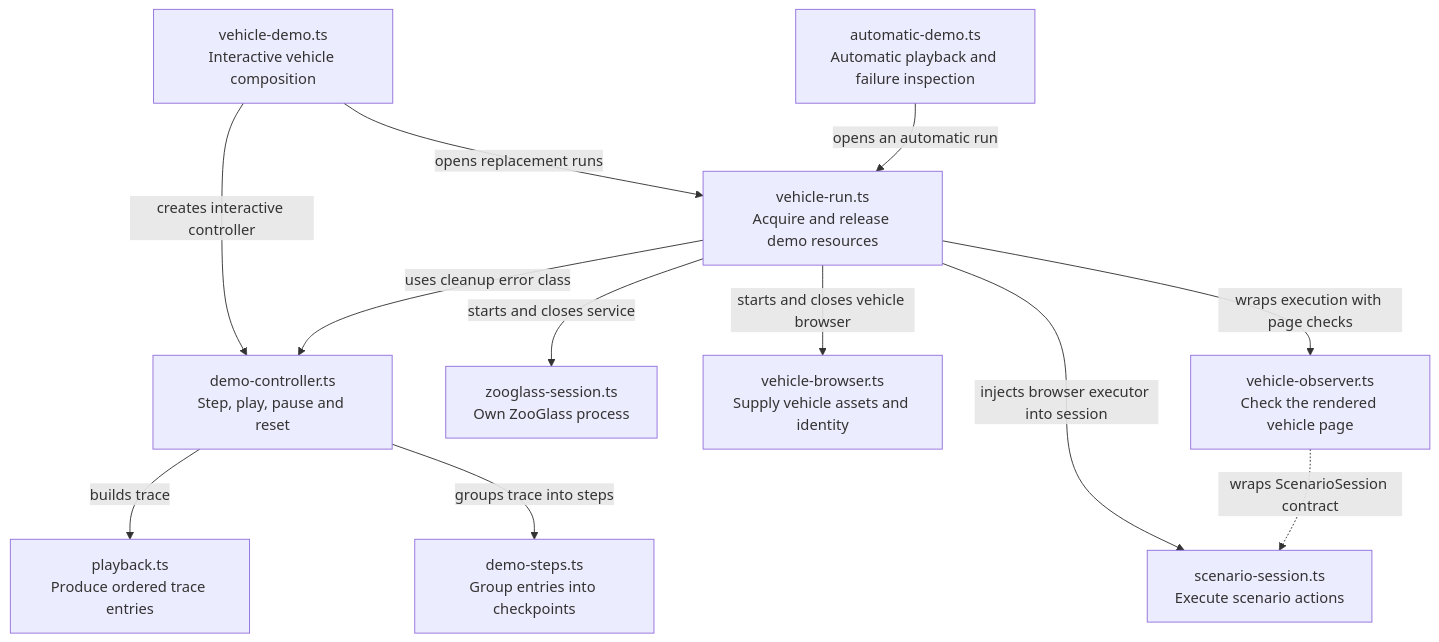
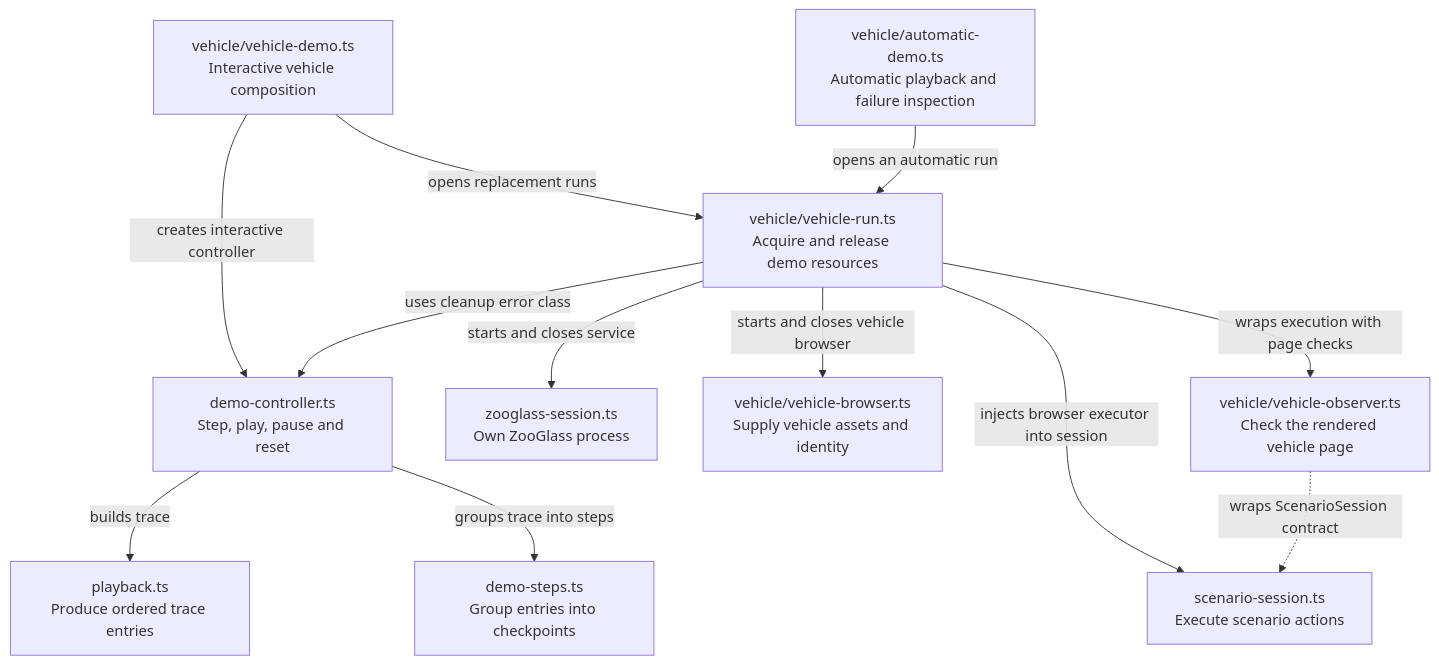
The fourth of 6 diagrams in incubator/workbench/docs/source-map.md (sproates/zooglass), drawn with Mermaid before and after one commit. The commit also changed other lines of this file and 22 other files, not shown here.

Commit message:
Group vehicle demo modules separately from Workbench core

````diff
--- a/incubator/workbench/docs/source-map.md
+++ b/incubator/workbench/docs/source-map.md
@@ -115,24 +120,24 @@
 ```mermaid
 flowchart TB
-  vehicle["vehicle-demo.ts<br/>Interactive vehicle composition"]
-  automatic["automatic-demo.ts<br/>Automatic playback and failure inspection"]
+  vehicle["vehicle/vehicle-demo.ts<br/>Interactive vehicle composition"]
+  automatic["vehicle/automatic-demo.ts<br/>Automatic playback and failure inspection"]
   controller["demo-controller.ts<br/>Step, play, pause and reset"]
   steps["demo-steps.ts<br/>Group entries into checkpoints"]
   playback["playback.ts<br/>Produce ordered trace entries"]
-  run["vehicle-run.ts<br/>Acquire and release demo resources"]
+  run["vehicle/vehicle-run.ts<br/>Acquire and release demo resources"]
   service["zooglass-session.ts<br/>Own ZooGlass process"]
-  browser["vehicle-browser.ts<br/>Supply vehicle assets and identity"]
+  browser["vehicle/vehicle-browser.ts<br/>Supply vehicle assets and identity"]
   session["scenario-session.ts<br/>Execute scenario actions"]
-  observer["vehicle-observer.ts<br/>Check the rendered vehicle page"]
+  observer["vehicle/vehicle-observer.ts<br/>Check the rendered vehicle page"]
   vehicle -->|creates interactive controller| controller
   vehicle -->|opens replacement runs| run
   automatic -->|opens an automatic run| run
   controller -->|builds trace| playback
   controller -->|groups trace into steps| steps
   run -->|uses cleanup error class| controller
   run -->|starts and closes service| service
   run -->|starts and closes vehicle browser| browser
   run -->|injects browser executor into session| session
   run -->|wraps execution with page checks| observer
   observer -.->|wraps ScenarioSession contract| session
 ```
````
